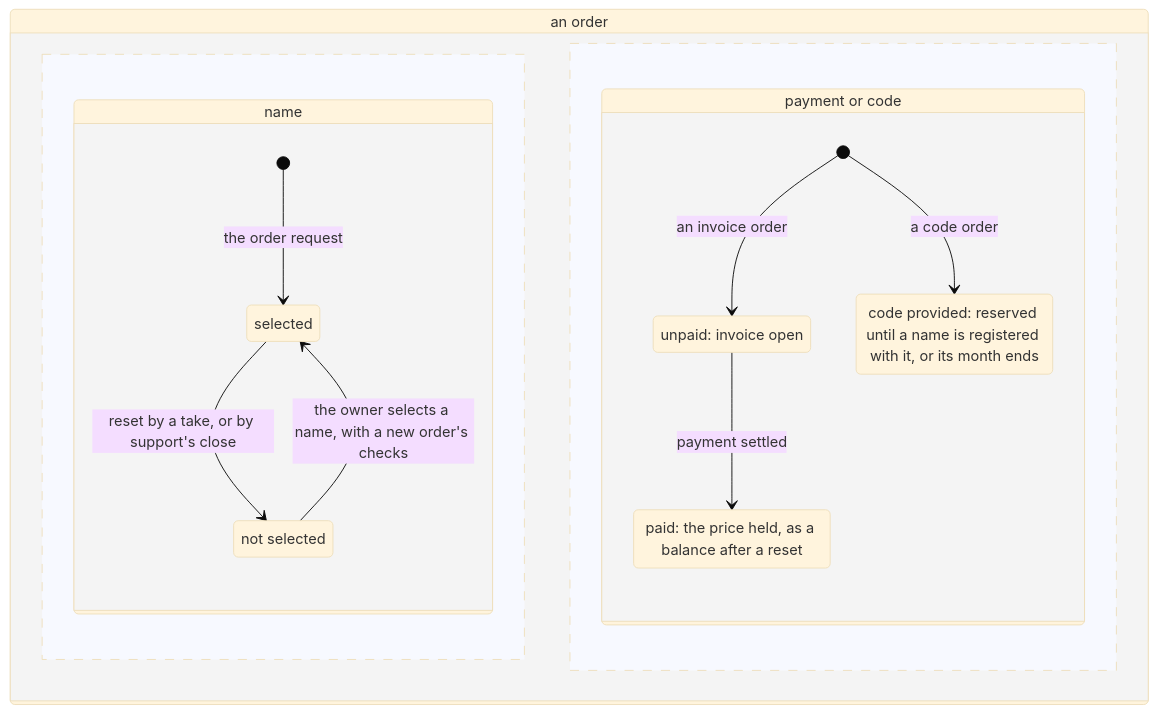
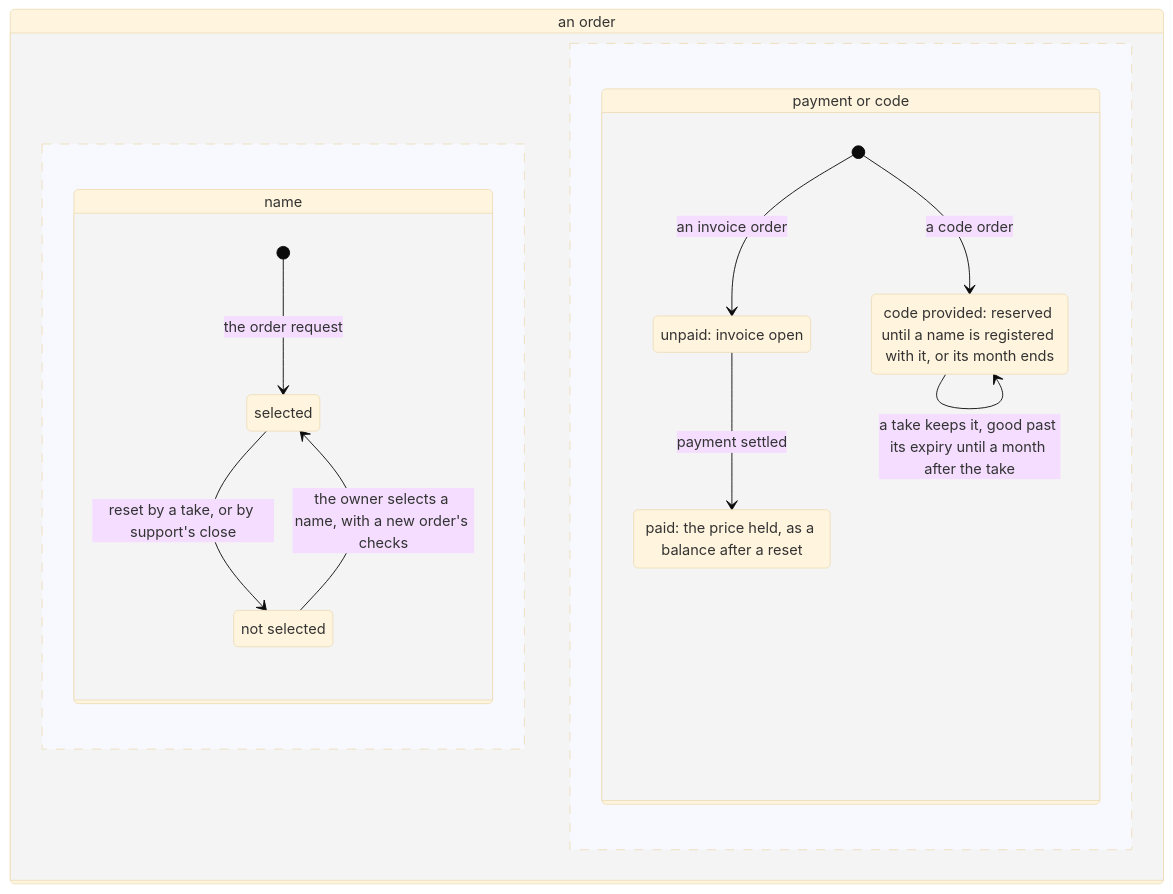
One commit to simplex-chat/simplex-chat changed the first of 2 diagrams in plans/2026-11-18-names-order-rules.md. Above: the diagram before and after it, drawn with Mermaid (base theme). The commit also changed other lines of this file and 21 other files, not shown here.

Commit message:
names: a taken order's code is accepted for a month after the take

````diff
--- a/plans/2026-11-18-names-order-rules.md
+++ b/plans/2026-11-18-names-order-rules.md
@@ -23,21 +23,22 @@
 ```mermaid
 stateDiagram-v2
   state "an order" as order {
     state "name" as name {
       state "selected" as selected
       state "not selected" as notSelected
       [*] --> selected: the order request
       selected --> notSelected: reset by a take, or by support's close
       notSelected --> selected: the owner selects a name, with a new order's checks
     }
     --
     state "payment or code" as pay {
       state "unpaid: invoice open" as unpaidPart
       state "paid: the price held, as a balance after a reset" as paidPart
       state "code provided: reserved until a name is registered with it, or its month ends" as codePart
       [*] --> unpaidPart: an invoice order
       [*] --> codePart: a code order
       unpaidPart --> paidPart: payment settled
+      codePart --> codePart: a take keeps it, good past its expiry until a month after the take
     }
   }
 ```
````
